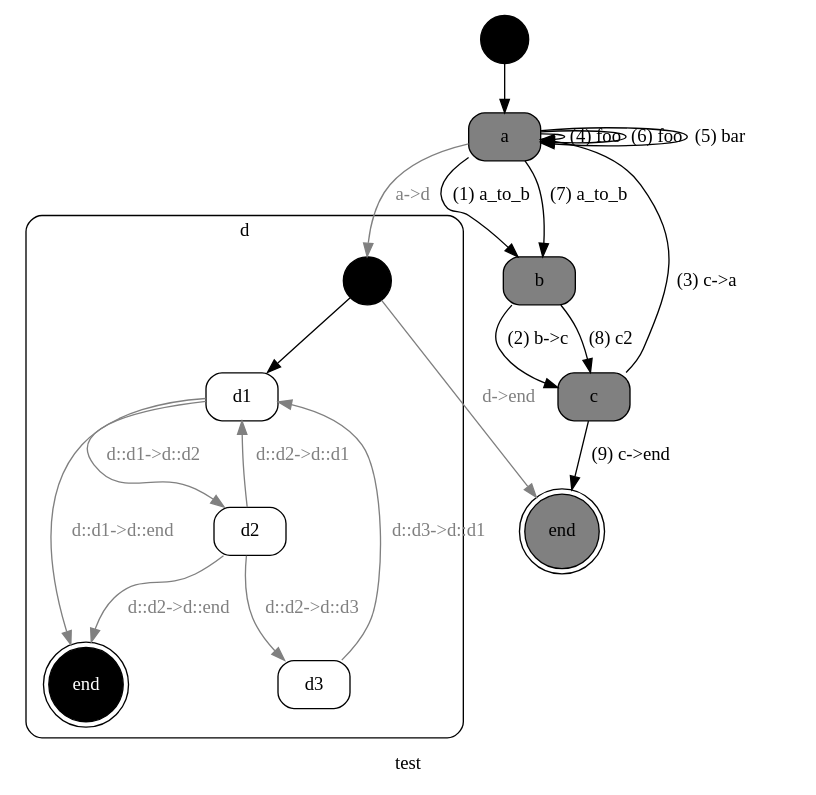
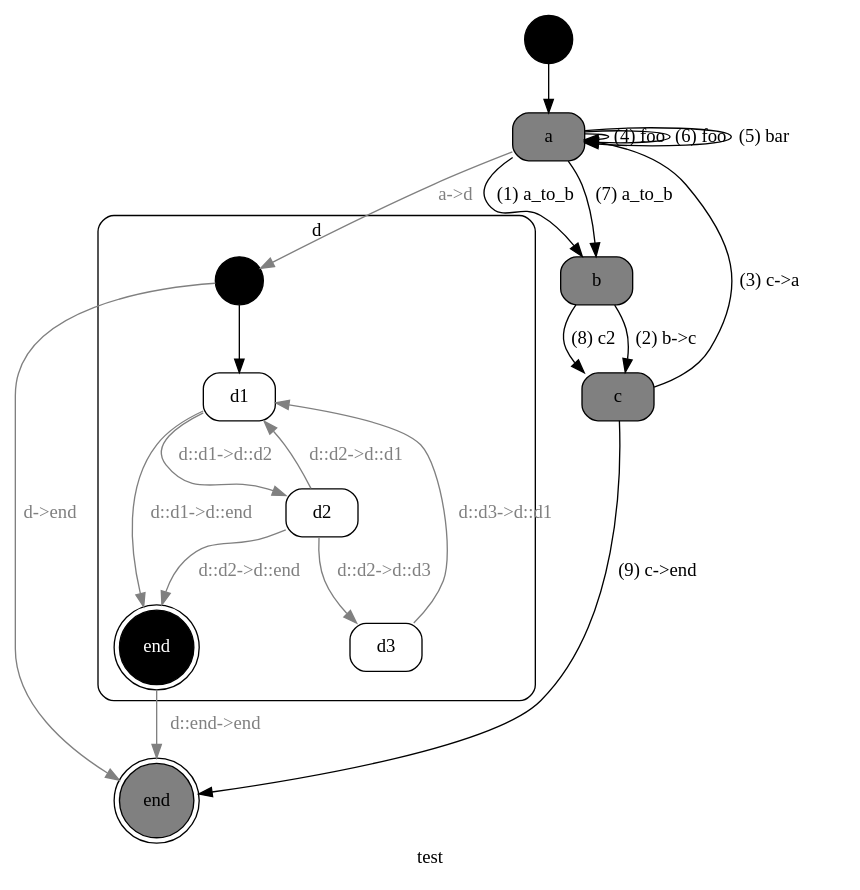
The diagram in example/red_steak-test-history.dot (kstephens/red_steak), drawn with Graphviz before and after one commit. The commit also changed 18 other files, not shown here.

```diff
--- a/example/red_steak-test-history.dot
+++ b/example/red_steak-test-history.dot
@@ -1,93 +1,96 @@
 
 // {#<RedSteak::Statemachine test>
 digraph x1 {
   label="test"; 
   node [ shape="circle", label="", style=filled, fillcolor=black ] x1_START; 
 
 // #<RedSteak::State test a>
   node [ shape="box", label="a", style="filled,rounded", color=black, fillcolor=grey, fontcolor=black ] x2;
 
 // #<RedSteak::State test b>
   node [ shape="box", label="b", style="filled,rounded", color=black, fillcolor=grey, fontcolor=black ] x3;
 
 // #<RedSteak::State test c>
   node [ shape="box", label="c", style="filled,rounded", color=black, fillcolor=grey, fontcolor=black ] x4;
 
 // #<RedSteak::State test d>
 
 // {#<RedSteak::Statemachine test::d>
 subgraph cluster_x5 {
   label="d"; 
   shape="box"; 
   style="filled,rounded"; 
   fillcolor=white; 
   fontcolor=black; 
   node [ shape="circle", label="", style=filled, fillcolor=black ] x5_START; 
 
 // #<RedSteak::State test::d d::d1>
   node [ shape="box", label="d1", style="filled,rounded", color=black, fillcolor=white, fontcolor=black ] x6;
 
 // #<RedSteak::State test::d d::d2>
   node [ shape="box", label="d2", style="filled,rounded", color=black, fillcolor=white, fontcolor=black ] x7;
 
 // #<RedSteak::State test::d d::d3>
   node [ shape="box", label="d3", style="filled,rounded", color=black, fillcolor=white, fontcolor=black ] x8;
 
 // #<RedSteak::State test::d d::end>
   node [ shape="doublecircle", label="end", style="filled,rounded", color=black, fillcolor=black, fontcolor=white ] x9;
 }
 // } #<RedSteak::Statemachine test::d>
 
 // #<RedSteak::State test end>
   node [ shape="doublecircle", label="end", style="filled,rounded", color=black, fillcolor=grey, fontcolor=black ] x10;
 
 // #<RedSteak::Transition test foo a -> a>
 x2 -> x2 [ label="(4) foo", color=black, fontcolor=black ];
 x2 -> x2 [ label="(6) foo", color=black, fontcolor=black ];
 
 // #<RedSteak::Transition test bar a -> a>
 x2 -> x2 [ label="(5) bar", color=black, fontcolor=black ];
 
 // #<RedSteak::Transition test a_to_b a -> b>
 x2 -> x3 [ label="(1) a_to_b", color=black, fontcolor=black ];
 x2 -> x3 [ label="(7) a_to_b", color=black, fontcolor=black ];
 
 // #<RedSteak::Transition test b->c b -> c>
 x3 -> x4 [ label="(2) b->c", color=black, fontcolor=black ];
 
 // #<RedSteak::Transition test c2 b -> c>
 x3 -> x4 [ label="(8) c2", color=black, fontcolor=black ];
 
 // #<RedSteak::Transition test c->a c -> a>
 x4 -> x2 [ label="(3) c->a", color=black, fontcolor=black ];
 
 // #<RedSteak::Transition test c->end c -> end>
 x4 -> x10 [ label="(9) c->end", color=black, fontcolor=black ];
 
 // #<RedSteak::Transition test a->d a -> d>
 x2 -> x5_START [ label="a->d", color=gray, fontcolor=gray ];
 
 // #<RedSteak::Transition test d->end d -> end>
 x5_START -> x10 [ label="d->end", color=gray, fontcolor=gray ];
 x1_START -> x2;
 
 // #<RedSteak::Transition test::d d::d1->d::d2 d::d1 -> d::d2>
 x6 -> x7 [ label="d::d1->d::d2", color=gray, fontcolor=gray ];
 
 // #<RedSteak::Transition test::d d::d1->d::end d::d1 -> d::end>
 x6 -> x9 [ label="d::d1->d::end", color=gray, fontcolor=gray ];
 
 // #<RedSteak::Transition test::d d::d2->d::d1 d::d2 -> d::d1>
 x7 -> x6 [ label="d::d2->d::d1", color=gray, fontcolor=gray ];
 
 // #<RedSteak::Transition test::d d::d2->d::end d::d2 -> d::end>
 x7 -> x9 [ label="d::d2->d::end", color=gray, fontcolor=gray ];
 
 // #<RedSteak::Transition test::d d::d3->d::d1 d::d3 -> d::d1>
 x8 -> x6 [ label="d::d3->d::d1", color=gray, fontcolor=gray ];
 
 // #<RedSteak::Transition test::d d::d2->d::d3 d::d2 -> d::d3>
 x7 -> x8 [ label="d::d2->d::d3", color=gray, fontcolor=gray ];
+
+// #<RedSteak::Transition test::d d::end->end d::end -> end>
+x9 -> x10 [ label="d::end->end", color=gray, fontcolor=gray ];
 x5_START -> x6;
 }
 // } #<RedSteak::Statemachine test>
```
